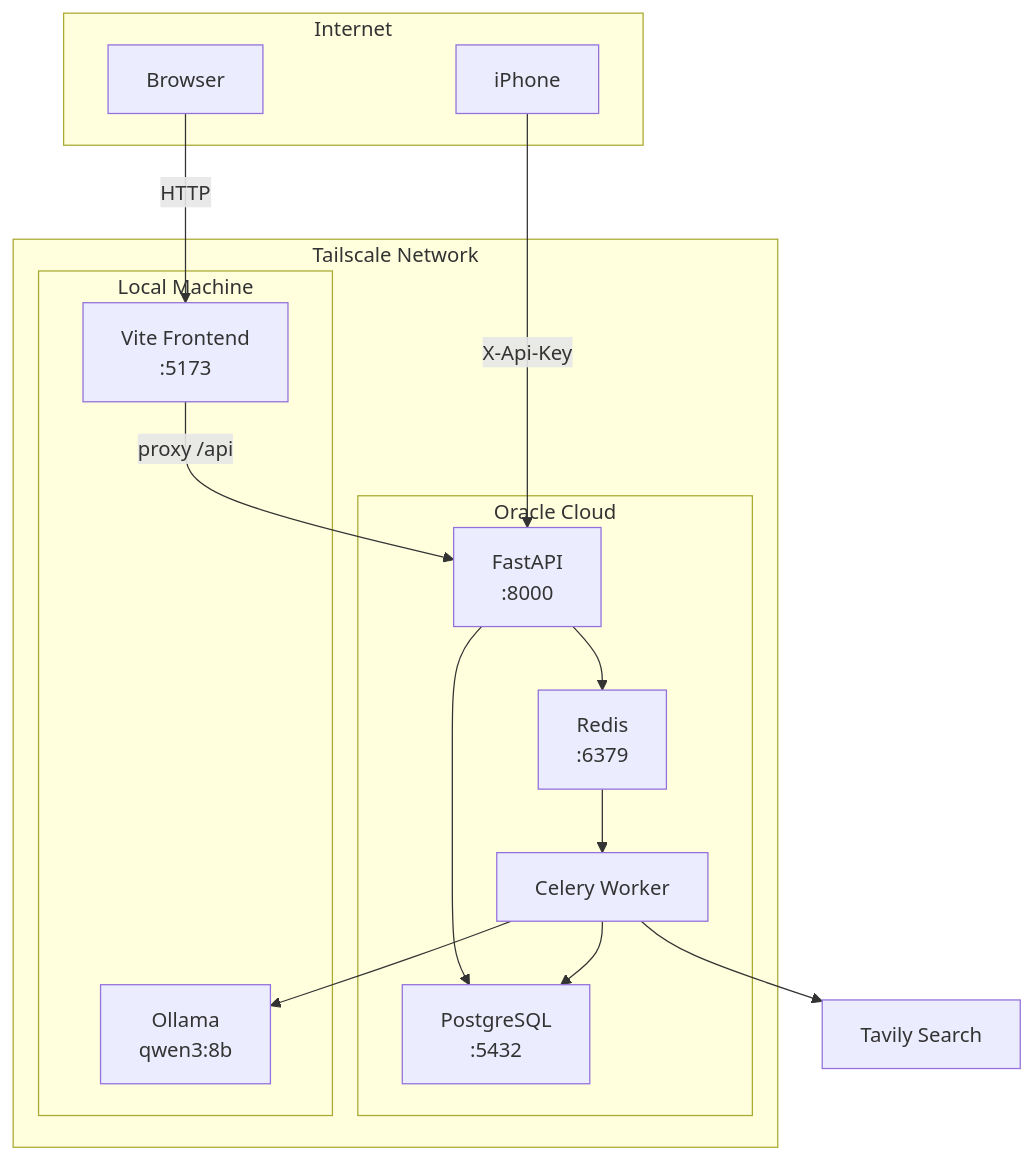
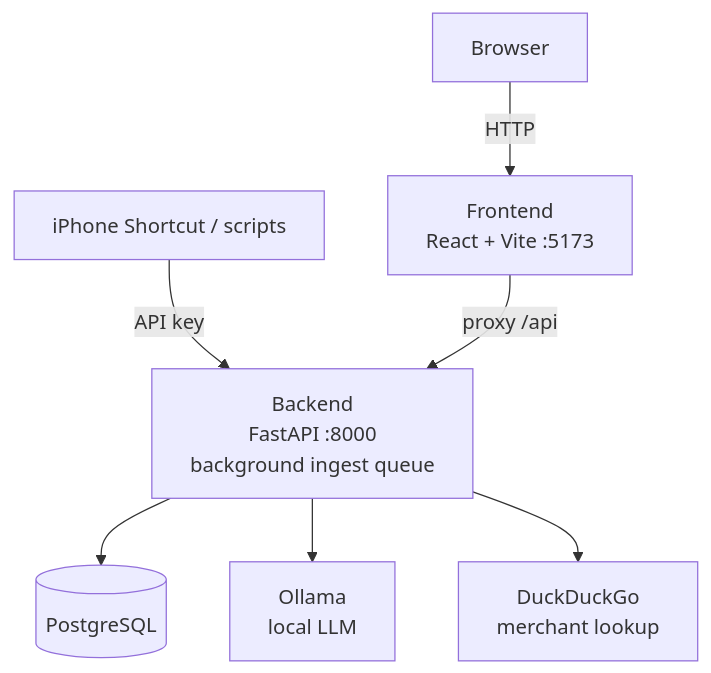
Before and after one commit to thethomasam/budget-y: the second of 2 diagrams in README.md, drawn with Mermaid. The commit also changed other lines of this file, not shown here.

````diff
--- a/README.md
+++ b/README.md
@@ -36,33 +120,9 @@
 ```mermaid
 flowchart TB
-    subgraph internet["Internet"]
-        Browser
-        iPhone
-    end
-
-    subgraph tailscale["Tailscale Network"]
-        subgraph oracle["Oracle Cloud"]
-            Backend["FastAPI\n:8000"]
-            Celery["Celery Worker"]
-            Redis["Redis\n:6379"]
-            PostgreSQL["PostgreSQL\n:5432"]
-        end
-
-        subgraph local["Local Machine"]
-            Frontend["Vite Frontend\n:5173"]
-            Ollama["Ollama\nqwen3:8b"]
-        end
-    end
-
-    Tavily["Tavily Search"]
-
-    Browser -->|"HTTP"| Frontend
-    iPhone -->|"X-Api-Key"| Backend
-    Frontend -->|"proxy /api"| Backend
-    Backend --> PostgreSQL
-    Backend --> Redis
-    Redis --> Celery
-    Celery --> Ollama
-    Celery --> Tavily
-    Celery --> PostgreSQL
+    Browser -->|HTTP| Frontend["Frontend<br/>React + Vite :5173"]
+    Phone["iPhone Shortcut / scripts"] -->|API key| Backend
+    Frontend -->|"proxy /api"| Backend["Backend<br/>FastAPI :8000<br/>background ingest queue"]
+    Backend --> DB[("PostgreSQL")]
+    Backend --> Ollama["Ollama<br/>local LLM"]
+    Backend --> DDG["DuckDuckGo<br/>merchant lookup"]
 ```
````
